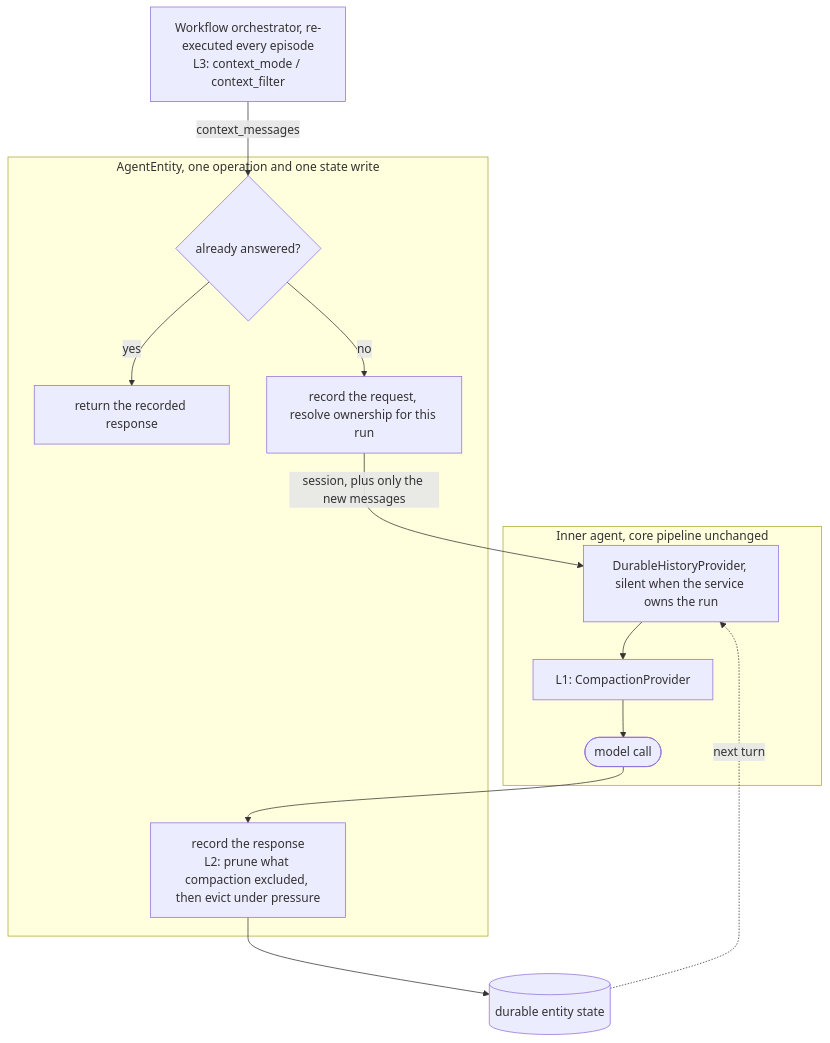
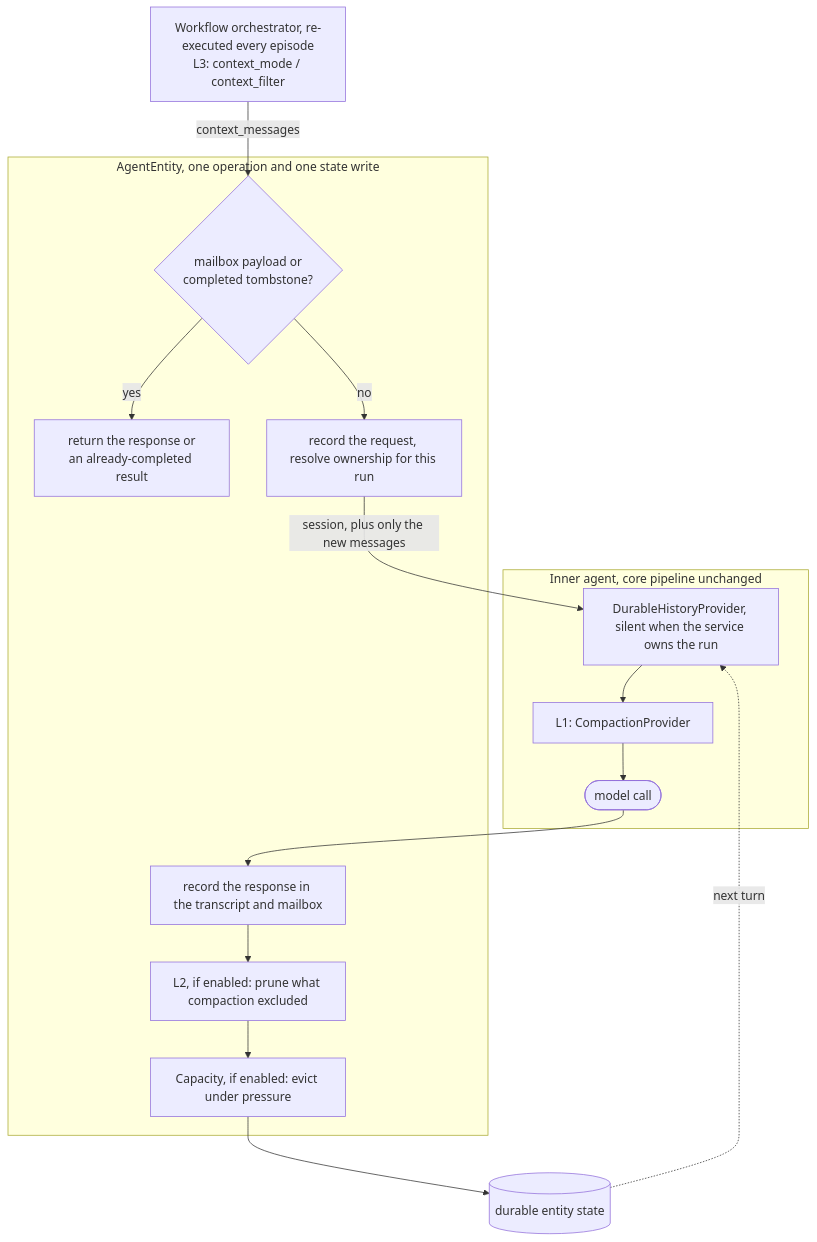
The first of 5 diagrams in docs/decisions/0032-durable-thread-compaction.md (microsoft/agent-framework-durable-extension), drawn with Mermaid before and after one commit. The commit also changed other lines of this file, not shown here.

````diff
--- a/docs/decisions/0032-durable-thread-compaction.md
+++ b/docs/decisions/0032-durable-thread-compaction.md
@@ -162,26 +163,28 @@
 ```mermaid
 flowchart TB
     CM["Workflow orchestrator, re-executed every episode<br/>L3: context_mode / context_filter"]
 
     subgraph ENT["AgentEntity, one operation and one state write"]
-        DUP{"already answered?"}
-        DONE["return the recorded response"]
+        DUP{"mailbox payload or<br/>completed tombstone?"}
+        DONE["return the response or<br/>an already-completed result"]
         REC["record the request, resolve ownership for this run"]
-        RET["record the response<br/>L2: prune what compaction excluded, then evict under pressure"]
+        RESP["record the response in the transcript and mailbox"]
+        L2["L2, if enabled: prune what compaction excluded"]
+        CAP["Capacity, if enabled: evict under pressure"]
     end
 
     subgraph CORE["Inner agent, core pipeline unchanged"]
         HP["DurableHistoryProvider, silent when the service owns the run"]
         CP["L1: CompactionProvider"]
         MODEL(["model call"])
     end
 
     STATE[("durable entity state")]
 
     CM -->|"context_messages"| DUP
     DUP -->|"yes"| DONE
     DUP -->|"no"| REC
     REC -->|"session, plus only the new messages"| HP
-    HP --> CP --> MODEL --> RET --> STATE
+    HP --> CP --> MODEL --> RESP --> L2 --> CAP --> STATE
     STATE -.->|"next turn"| HP
 ```
````
